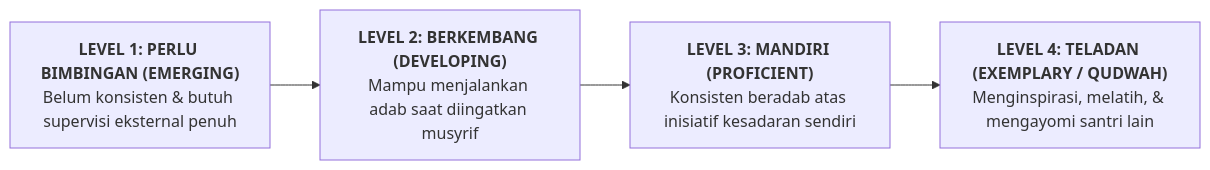
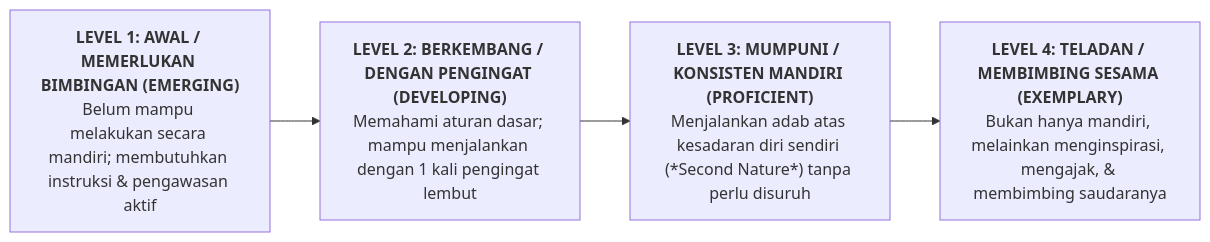
One commit to wandiapriliyandi/tumbuh changed the diagram in BOOK Series 2/Volume-03-Sistem-Asesmen-Perkembangan-Karakter/Bab-03-Master-Rubrik-Perilaku-PBIS/01-Struktur-dan-Logika-4-Level-Rubrik.md. Above: the diagram before and after it, drawn with Mermaid. The commit also changed other lines of this file and 61 other files, not shown here.

````diff
--- a/BOOK Series 2/Volume-03-Sistem-Asesmen-Perkembangan-Karakter/Bab-03-Master-Rubrik-Perilaku-PBIS/01-Struktur-dan-Logika-4-Level-Rubrik.md
+++ b/BOOK Series 2/Volume-03-Sistem-Asesmen-Perkembangan-Karakter/Bab-03-Master-Rubrik-Perilaku-PBIS/01-Struktur-dan-Logika-4-Level-Rubrik.md
@@ -11,9 +11,8 @@
 ```mermaid
 flowchart LR
-    L1["<b>LEVEL 1: PERLU BIMBINGAN (EMERGING)</b><br/>Belum konsisten & butuh supervisi eksternal penuh"]
-    L2["<b>LEVEL 2: BERKEMBANG (DEVELOPING)</b><br/>Mampu menjalankan adab saat diingatkan musyrif"]
-    L3["<b>LEVEL 3: MANDIRI (PROFICIENT)</b><br/>Konsisten beradab atas inisiatif kesadaran sendiri"]
-    L4["<b>LEVEL 4: TELADAN (EXEMPLARY / QUDWAH)</b><br/>Menginspirasi, melatih, & mengayomi santri lain"]
-
-    L1 --> L2 --> L3 --> L4
+    L1["<b>LEVEL 1: AWAL / MEMERLUKAN BIMBINGAN (EMERGING)</b><br/>Belum mampu melakukan secara mandiri; membutuhkan instruksi & pengawasan aktif"] --> L2["<b>LEVEL 2: BERKEMBANG / DENGAN PENGINGAT (DEVELOPING)</b><br/>Memahami aturan dasar; mampu menjalankan dengan 1 kali pengingat lembut"]
+    
+    L2 --> L3["<b>LEVEL 3: MUMPUNI / KONSISTEN MANDIRI (PROFICIENT)</b><br/>Menjalankan adab atas kesadaran diri sendiri (*Second Nature*) tanpa perlu disuruh"]
+    
+    L3 --> L4["<b>LEVEL 4: TELADAN / MEMBIMBING SESAMA (EXEMPLARY)</b><br/>Bukan hanya mandiri, melainkan menginspirasi, mengajak, & membimbing saudaranya"]
 ```
````
